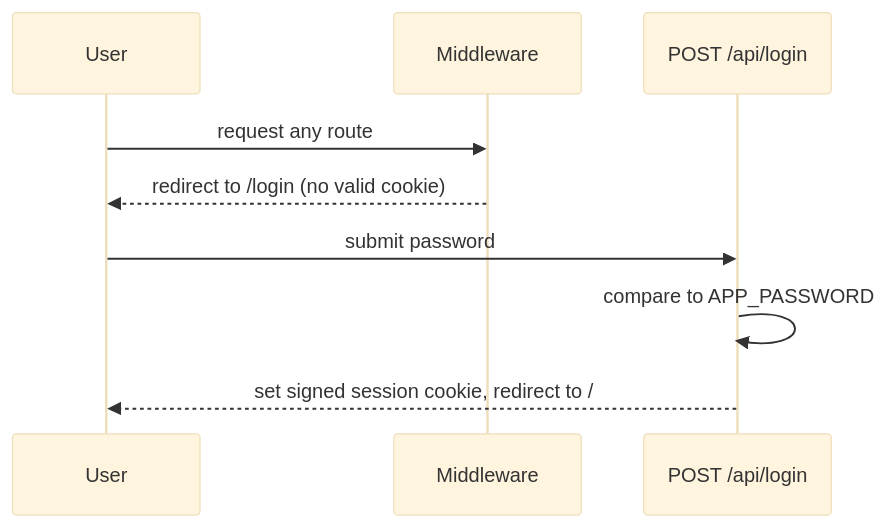
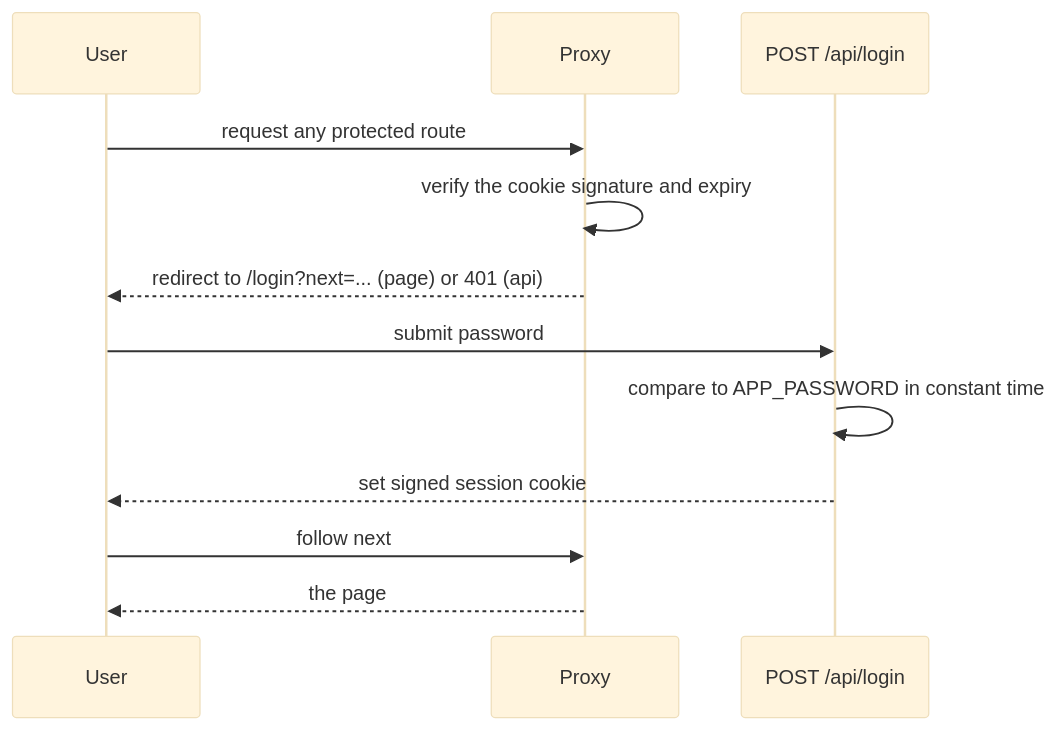
Before and after one commit to sebasfles/my-napkin: the second of 3 diagrams in docs/modules/app/flows.md, drawn with Mermaid (base theme). The commit also changed other lines of this file and 6 other files, not shown here.

````diff
--- a/docs/modules/app/flows.md
+++ b/docs/modules/app/flows.md
@@ -23,11 +23,14 @@
 ```mermaid
 sequenceDiagram
   participant U as User
-  participant M as Middleware
+  participant P as Proxy
   participant A as POST /api/login
-  U->>M: request any route
-  M-->>U: redirect to /login (no valid cookie)
+  U->>P: request any protected route
+  P->>P: verify the cookie signature and expiry
+  P-->>U: redirect to /login?next=... (page) or 401 (api)
   U->>A: submit password
-  A->>A: compare to APP_PASSWORD
-  A-->>U: set signed session cookie, redirect to /
+  A->>A: compare to APP_PASSWORD in constant time
+  A-->>U: set signed session cookie
+  U->>P: follow next
+  P-->>U: the page
 ```
````
